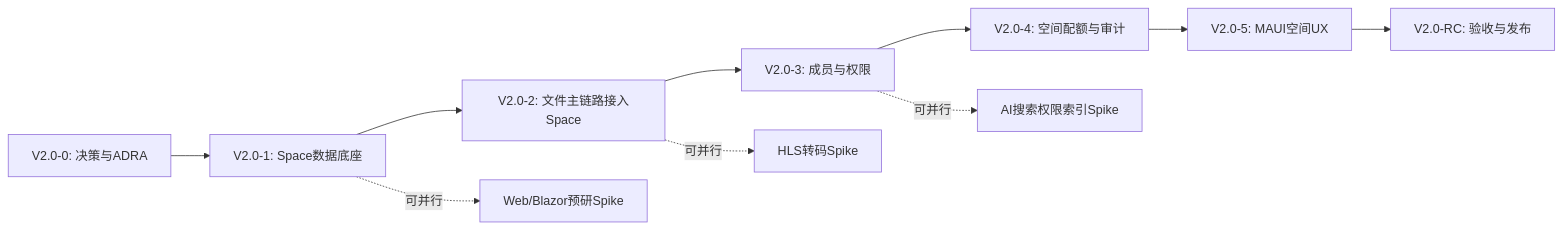
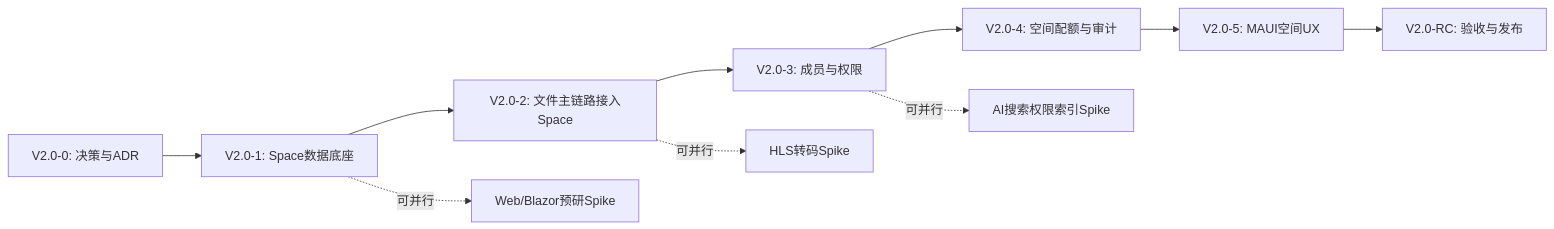
The diagram in docs/release-plan-v2.0.md (253513374/PrivateCloudDrive), drawn with Mermaid before and after one commit. The commit also changed 2 other files, not shown here.

Commit message:
fix: V2.0 spec docs typo and consistency fixes
- sapceId -> spaceId in architecture-v2.0-boundary.md (3 places)
- ADRA -> ADR in release-plan-v2.0.md Mermaid diagram
- FileTag/BlobObject data dictionary aligned to 'add SpaceId'

Based on Copilot review threads feedback

````diff
--- a/docs/release-plan-v2.0.md
+++ b/docs/release-plan-v2.0.md
@@ -237,13 +237,13 @@
 ```mermaid
 flowchart LR
-    A[V2.0-0: 决策与ADRA] --> B[V2.0-1: Space数据底座]
+    A[V2.0-0: 决策与ADR] --> B[V2.0-1: Space数据底座]
     B --> C[V2.0-2: 文件主链路接入Space]
     C --> D[V2.0-3: 成员与权限]
     D --> E[V2.0-4: 空间配额与审计]
     E --> F[V2.0-5: MAUI空间UX]
     F --> G[V2.0-RC: 验收与发布]
 
     B -.可并行.-> P1[Web/Blazor预研Spike]
     C -.可并行.-> P2[HLS转码Spike]
     D -.可并行.-> P3[AI搜索权限索引Spike]
 ```
````
